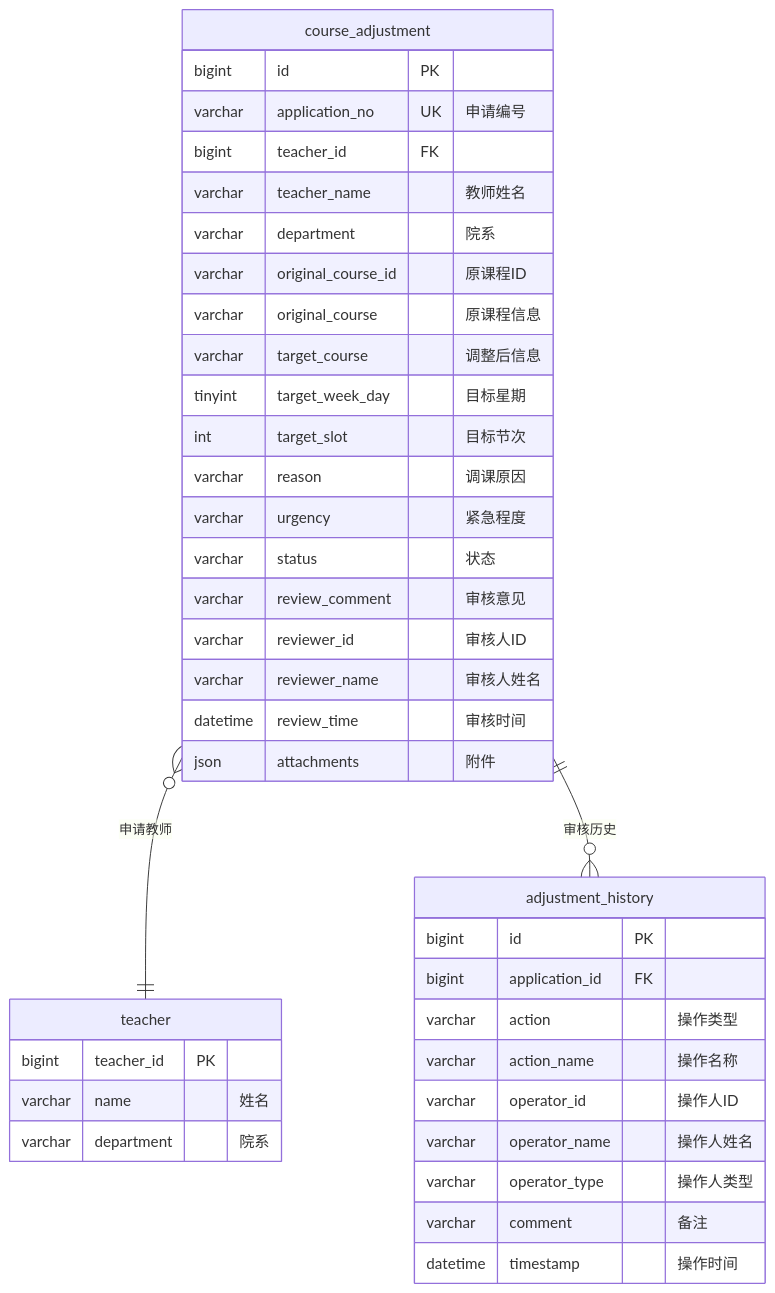
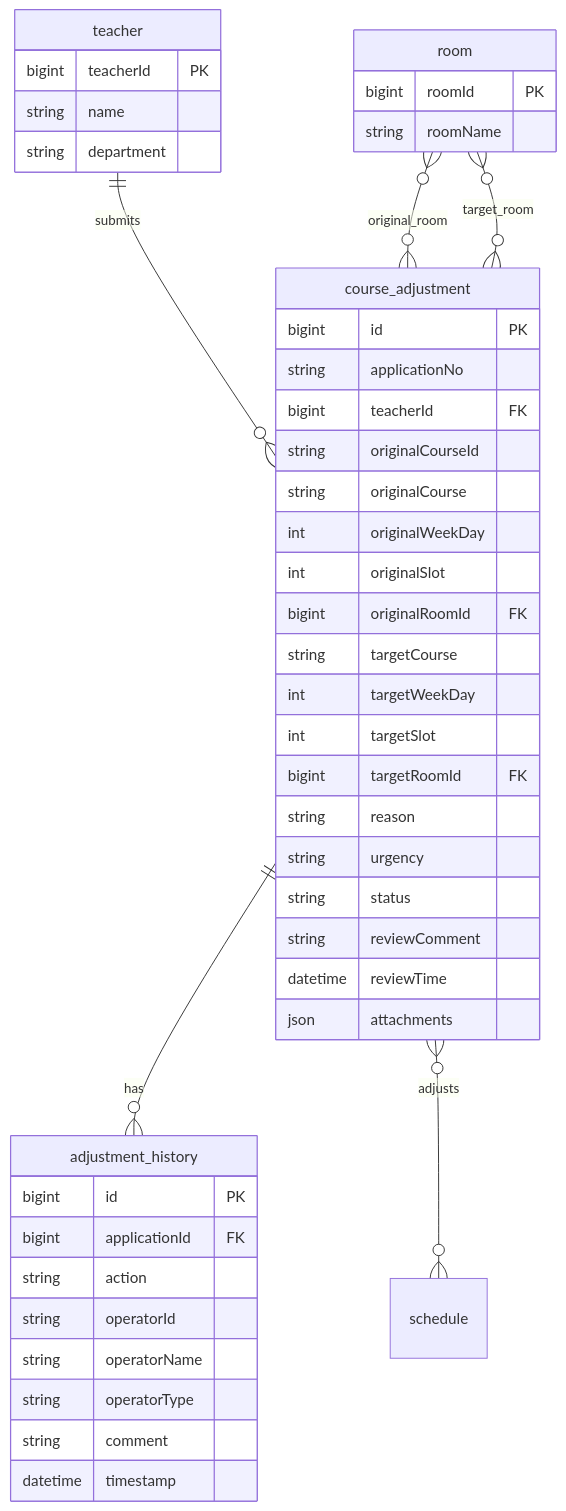
Before and after one commit to puyu111/school_demo: the fourth of 6 diagrams in src/main/resources/db/er-diagram.md, drawn with Mermaid. The commit also changed other lines of this file and 88 other files, not shown here.

````diff
--- a/src/main/resources/db/er-diagram.md
+++ b/src/main/resources/db/er-diagram.md
@@ -436,46 +398,48 @@
 ```mermaid
 erDiagram
+    teacher ||--o{ course_adjustment : "submits"
+    course_adjustment ||--o{ adjustment_history : "has"
+    course_adjustment }o--o{ schedule : "adjusts"
+    room }o--o{ course_adjustment : "original_room"
+    room }o--o{ course_adjustment : "target_room"
 
     teacher {
-        bigint teacher_id PK
-        varchar name "姓名"
-        varchar department "院系"
+        bigint teacherId PK
+        string name
+        string department
     }
-
     course_adjustment {
         bigint id PK
-        varchar application_no UK "申请编号"
-        bigint teacher_id FK
-        varchar teacher_name "教师姓名"
-        varchar department "院系"
-        varchar original_course_id "原课程ID"
-        varchar original_course "原课程信息"
-        varchar target_course "调整后信息"
-        tinyint target_week_day "目标星期"
-        int target_slot "目标节次"
-        varchar reason "调课原因"
-        varchar urgency "紧急程度"
-        varchar status "状态"
-        varchar review_comment "审核意见"
-        varchar reviewer_id "审核人ID"
-        varchar reviewer_name "审核人姓名"
-        datetime review_time "审核时间"
-        json attachments "附件"
+        string applicationNo
+        bigint teacherId FK
+        string originalCourseId
+        string originalCourse
+        int originalWeekDay
+        int originalSlot
+        bigint originalRoomId FK
+        string targetCourse
+        int targetWeekDay
+        int targetSlot
+        bigint targetRoomId FK
+        string reason
+        string urgency
+        string status
+        string reviewComment
+        datetime reviewTime
+        json attachments
     }
-
     adjustment_history {
         bigint id PK
-        bigint application_id FK
-        varchar action "操作类型"
-        varchar action_name "操作名称"
-        varchar operator_id "操作人ID"
-        varchar operator_name "操作人姓名"
-        varchar operator_type "操作人类型"
-        varchar comment "备注"
-        datetime timestamp "操作时间"
+        bigint applicationId FK
+        string action
+        string operatorId
+        string operatorName
+        string operatorType
+        string comment
+        datetime timestamp
     }
-
-    course_adjustment }o--|| teacher : "申请教师"
-    course_adjustment ||--o{ adjustment_history : "审核历史"
-
+    room {
+        bigint roomId PK
+        string roomName
+    }
 ```
````
